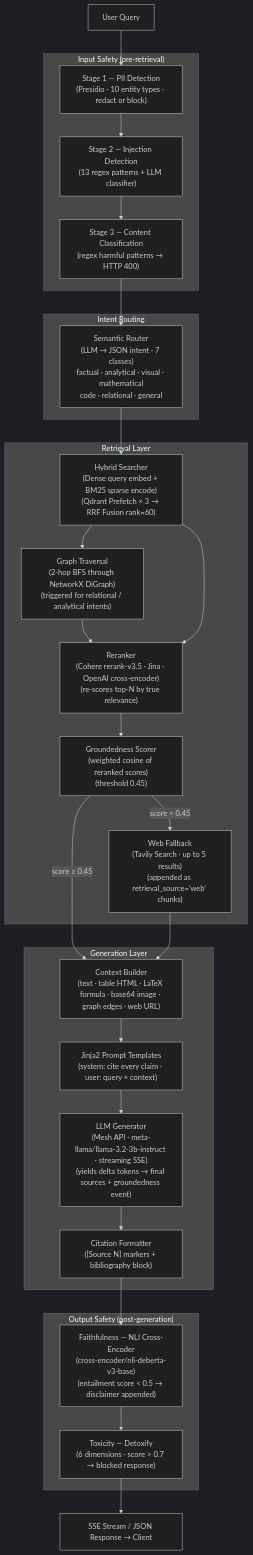
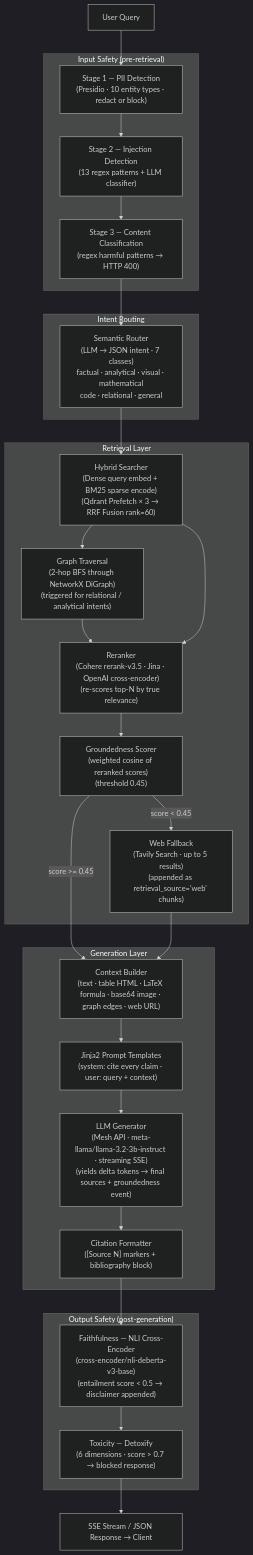
The third of 4 diagrams in deploy/ARCHITECTURE.md (jndumu/Enhanced-Multimodel-Rag-Hackerton), drawn with Mermaid (dark theme) before and after one commit. The commit also changed 1 other file, not shown here.

Commit message:
Fix Mermaid parse errors in architecture diagrams
- Quote subgraph names containing '&': Embedding & Storage, Retrieval & Generation
  (unquoted & is a reserved token in Mermaid grammar)
- Replace Unicode '>=' (≥) with ASCII >= in edge labels
- Replace '<' with plain text in edge label to avoid HTML token conflict
- Replace '2^17' superscript with ASCII (2^17) in node label

````diff
--- a/deploy/ARCHITECTURE.md
+++ b/deploy/ARCHITECTURE.md
@@ -119,45 +119,45 @@
 ```mermaid
 graph TB
     Query["User Query"]
 
     subgraph Safety_In ["Input Safety (pre-retrieval)"]
         PII["Stage 1 — PII Detection\n(Presidio · 10 entity types · redact or block)"]
         Injection["Stage 2 — Injection Detection\n(13 regex patterns + LLM classifier)"]
         Content["Stage 3 — Content Classification\n(regex harmful patterns → HTTP 400)"]
     end
 
     subgraph Routing ["Intent Routing"]
         Router["Semantic Router\n(LLM → JSON intent · 7 classes)\nfactual · analytical · visual · mathematical\ncode · relational · general"]
     end
 
     subgraph Retrieval ["Retrieval Layer"]
         HybridSearch["Hybrid Searcher\n(Dense query embed + BM25 sparse encode)\n(Qdrant Prefetch × 3 → RRF Fusion rank=60)"]
         GraphTraversal["Graph Traversal\n(2-hop BFS through NetworkX DiGraph)\n(triggered for relational / analytical intents)"]
         Reranker["Reranker\n(Cohere rerank-v3.5 · Jina · OpenAI cross-encoder)\n(re-scores top-N by true relevance)"]
         Ground["Groundedness Scorer\n(weighted cosine of reranked scores)\n(threshold 0.45)"]
         WebFB["Web Fallback\n(Tavily Search · up to 5 results)\n(appended as retrieval_source='web' chunks)"]
     end
 
     subgraph Generation ["Generation Layer"]
         CtxBuilder["Context Builder\n(text · table HTML · LaTeX formula · base64 image · graph edges · web URL)"]
         Prompt["Jinja2 Prompt Templates\n(system: cite every claim · user: query + context)"]
         Generator["LLM Generator\n(Mesh API · meta-llama/llama-3.2-3b-instruct · streaming SSE)\n(yields delta tokens → final sources + groundedness event)"]
         Citations["Citation Formatter\n([Source N] markers + bibliography block)"]
     end
 
     subgraph Safety_Out ["Output Safety (post-generation)"]
         NLI["Faithfulness — NLI Cross-Encoder\n(cross-encoder/nli-deberta-v3-base)\n(entailment score < 0.5 → disclaimer appended)"]
         Toxicity["Toxicity — Detoxify\n(6 dimensions · score > 0.7 → blocked response)"]
     end
 
     Response["SSE Stream / JSON Response → Client"]
 
     Query --> PII --> Injection --> Content --> Router
     Router --> HybridSearch
     HybridSearch --> GraphTraversal --> Reranker
     HybridSearch --> Reranker
     Reranker --> Ground
-    Ground -->|"score ≥ 0.45"| CtxBuilder
+    Ground -->|score >= 0.45| CtxBuilder
     Ground -->|"score < 0.45"| WebFB --> CtxBuilder
     CtxBuilder --> Prompt --> Generator --> Citations --> NLI --> Toxicity --> Response
 ```
````
